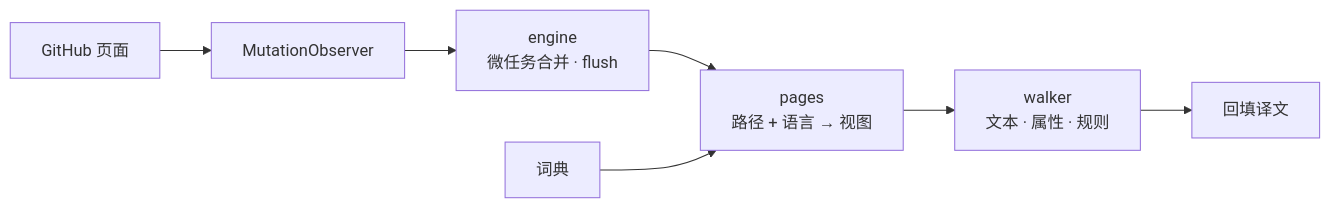
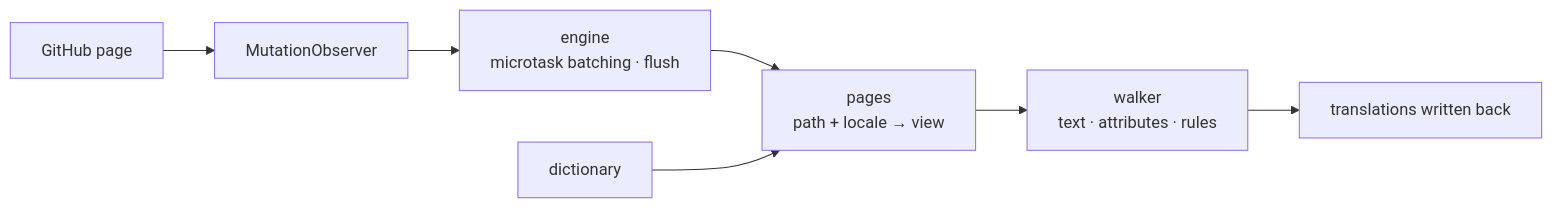
Before and after one commit to Oppenheymu/Github-i18n: the diagram in README.md, drawn with Mermaid. The commit also changed other lines of this file and 2 other files, not shown here.

````diff
--- a/README.md
+++ b/README.md
@@ -82,9 +81,9 @@
 ```mermaid
 flowchart LR
-    GH["GitHub 页面"] --> OBS["MutationObserver"]
-    OBS --> ENGINE["engine<br/>微任务合并 · flush"]
-    ENGINE --> VIEW["pages<br/>路径 + 语言 → 视图"]
-    DICT["词典"] --> VIEW
-    VIEW --> WALKER["walker<br/>文本 · 属性 · 规则"]
-    WALKER --> DOM["回填译文"]
+    GH["GitHub page"] --> OBS["MutationObserver"]
+    OBS --> ENGINE["engine<br/>microtask batching · flush"]
+    ENGINE --> VIEW["pages<br/>path + locale → view"]
+    DICT["dictionary"] --> VIEW
+    VIEW --> WALKER["walker<br/>text · attributes · rules"]
+    WALKER --> DOM["translations written back"]
 ```
````
